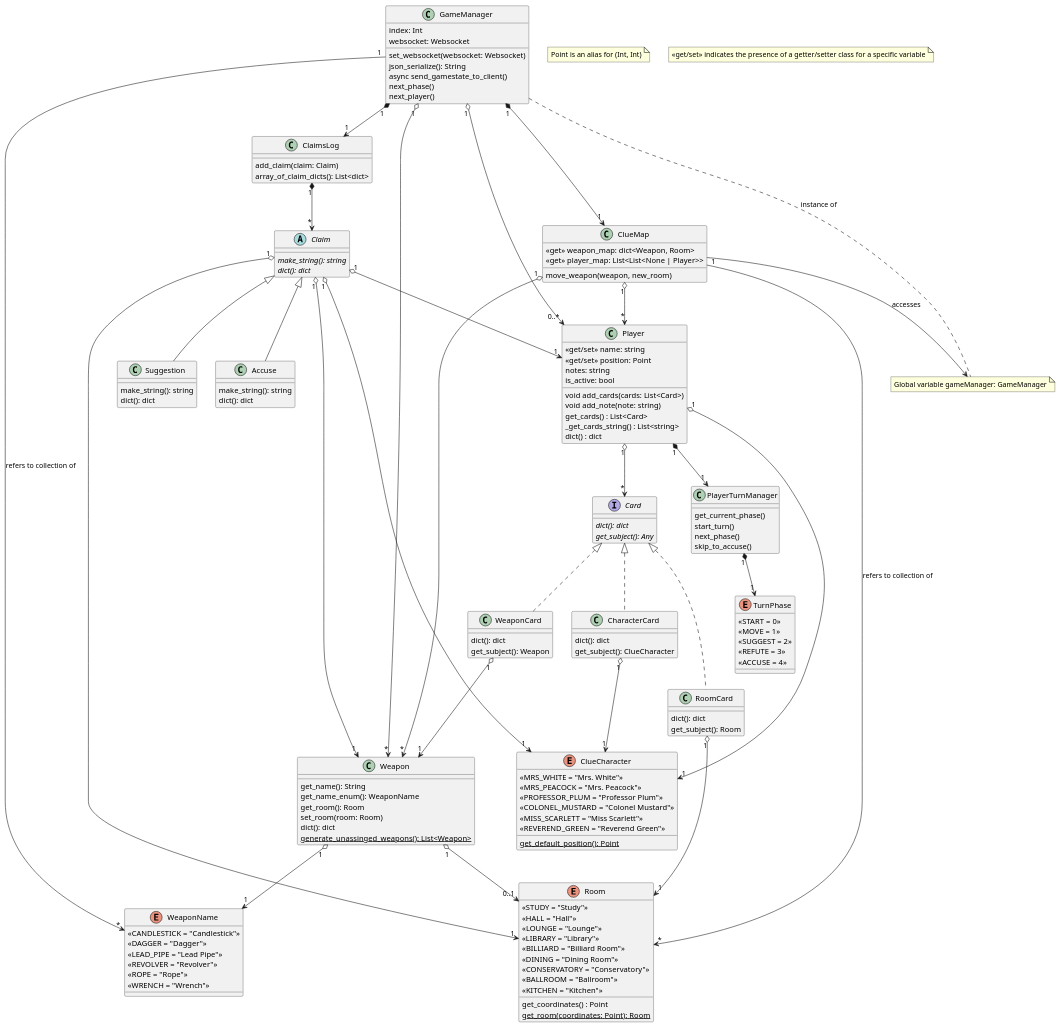
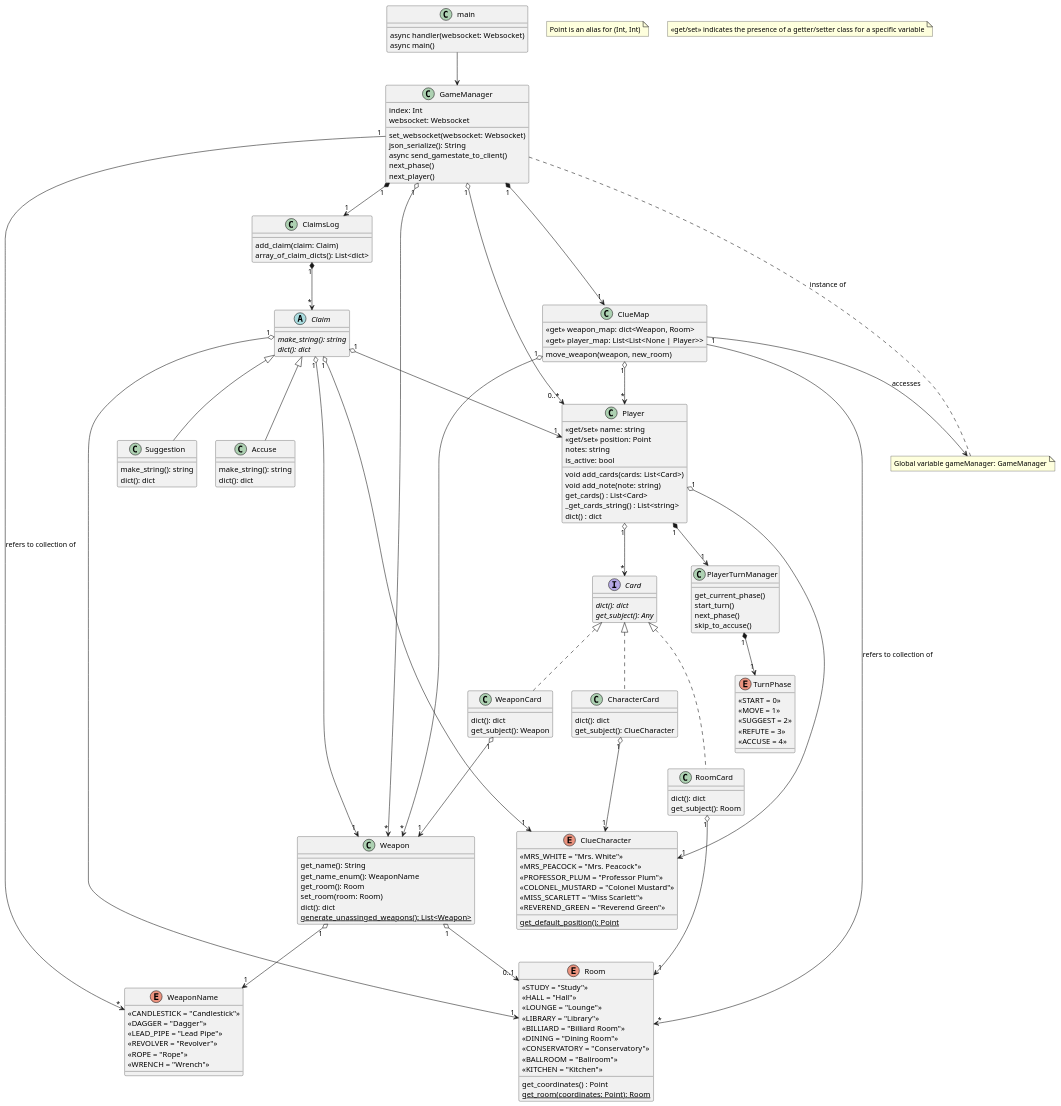
One commit to jfiorin1/clue-game-server changed the diagram in clue-less.puml. Above: the diagram before and after it, drawn with PlantUML. The commit also changed 1 other file, not shown here.

Commit message:
added main

```diff
--- a/clue-less.puml
+++ b/clue-less.puml
@@ -1,163 +1,170 @@
 @startuml
 'https://plantuml.com/class-diagram
+
+class main {
+    async handler(websocket: Websocket)
+    async main()
+}
+
+main --> GameManager
 
 class GameManager {
     index: Int
     websocket: Websocket
     set_websocket(websocket: Websocket)
     json_serialize(): String
     async send_gamestate_to_client()
     next_phase()
     next_player()
 }
 
 GameManager "1" o--> "0..*" Player
 GameManager "1" o--> "*" Weapon
 GameManager "1" --> "*" WeaponName: refers to collection of
 GameManager "1" *--> "1" ClaimsLog
 GameManager "1" *--> "1" ClueMap
 
 note "Point is an alias for (Int, Int)" as n
 note "<<get/set>> indicates the presence of a getter/setter class for a specific variable" as n2
 note "Global variable gameManager: GameManager" as g
 
 GameManager -[dashed]- g: instance of
 
 class Player {
     <<get/set>> name: string
     <<get/set>> position: Point
     notes: string
     is_active: bool
     void add_cards(cards: List<Card>)
     void add_note(note: string)
     get_cards() : List<Card>
     _get_cards_string() : List<string>
     dict() : dict
 }
 
 Player "1" o--> "1" ClueCharacter
 Player "1" o--> "*" Card
 Player "1" *--> "1" PlayerTurnManager
 
 enum ClueCharacter {
     <<MRS_WHITE = "Mrs. White">>
     <<MRS_PEACOCK = "Mrs. Peacock">>
     <<PROFESSOR_PLUM = "Professor Plum">>
     <<COLONEL_MUSTARD = "Colonel Mustard">>
     <<MISS_SCARLETT = "Miss Scarlett">>
     <<REVEREND_GREEN = "Reverend Green">>
     {static} get_default_position(): Point
 }
 
 class Weapon {
     get_name(): String
     get_name_enum(): WeaponName
     get_room(): Room
     set_room(room: Room)
     dict(): dict
     {static} generate_unassinged_weapons(): List<Weapon>
 }
 
 Weapon "1" o--> "1" WeaponName
 Weapon "1" o--> "0..1" Room
 
 enum WeaponName {
     <<CANDLESTICK = "Candlestick">>
     <<DAGGER = "Dagger">>
     <<LEAD_PIPE = "Lead Pipe">>
     <<REVOLVER = "Revolver">>
     <<ROPE = "Rope">>
     <<WRENCH = "Wrench">>
 }
 
 class ClaimsLog {
     add_claim(claim: Claim)
     array_of_claim_dicts(): List<dict>
 }
 
 ClaimsLog "1" *--> "*" Claim
 
 abstract class Claim {
     {abstract} make_string(): string
     {abstract} dict(): dict
 }
 
 Claim "1" o--> "1" ClueCharacter
 Claim "1" o--> "1" Weapon
 Claim "1" o--> "1" Room
 Claim "1" o--> "1" Player
 
 class Suggestion extends Claim {
     make_string(): string
     dict(): dict
 }
 class Accuse extends Claim {
     make_string(): string
     dict(): dict
 }
 
 interface Card {
     {abstract} dict(): dict
     {abstract} get_subject(): Any
 }
 
 class CharacterCard implements Card {
     dict(): dict
     get_subject(): ClueCharacter
 }
 class WeaponCard implements Card {
     dict(): dict
     get_subject(): Weapon
 }
 class RoomCard implements Card {
     dict(): dict
     get_subject(): Room
 }
 
 CharacterCard "1" o--> "1" ClueCharacter
 RoomCard "1" o--> "1" Room
 WeaponCard "1" o--> "1" Weapon
 
 class ClueMap {
     <<get>> weapon_map: dict<Weapon, Room>
     <<get>> player_map: List<List<None | Player>>
     move_weapon(weapon, new_room)
 }
 
 ClueMap "1" o--> "*" Weapon
 ClueMap "1" o--> "*" Player
 ClueMap "1" --> "*" Room: refers to collection of
 ClueMap --> g: accesses
 
 enum Room {
     <<STUDY = "Study">>
     <<HALL = "Hall">>
     <<LOUNGE = "Lounge">>
     <<LIBRARY = "Library">>
     <<BILLIARD = "Billiard Room">>
     <<DINING = "Dining Room">>
     <<CONSERVATORY = "Conservatory">>
     <<BALLROOM = "Ballroom">>
     <<KITCHEN = "Kitchen">>
     get_coordinates() : Point
     {static} get_room(coordinates: Point): Room
 }
 
 class PlayerTurnManager {
     get_current_phase()
     start_turn()
     next_phase()
     skip_to_accuse()
 }
 
 PlayerTurnManager "1" *--> "1" TurnPhase
 
 enum TurnPhase {
     <<START = 0>>
     <<MOVE = 1>>
     <<SUGGEST = 2>>
     <<REFUTE = 3>>
     <<ACCUSE = 4>>
 }
 
 @enduml
```
